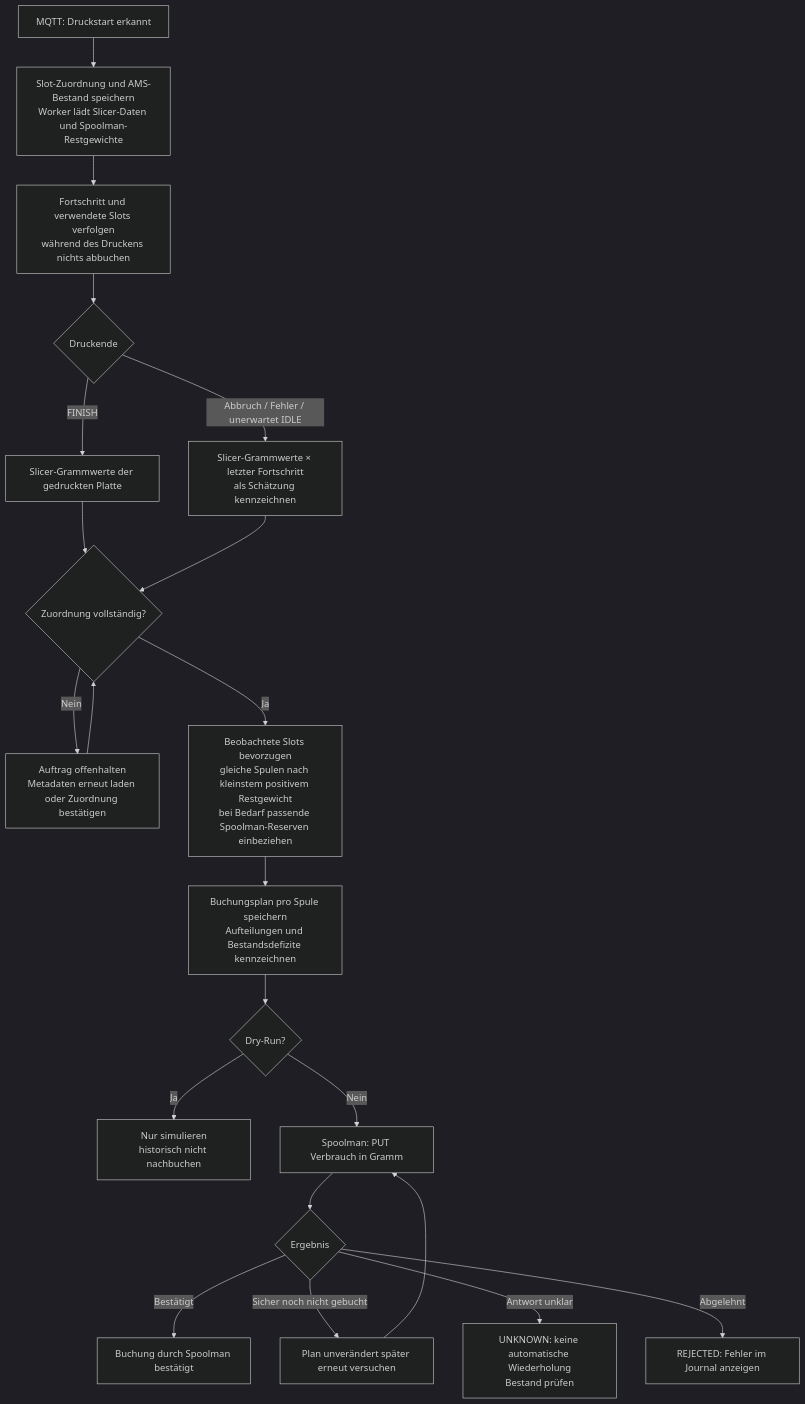
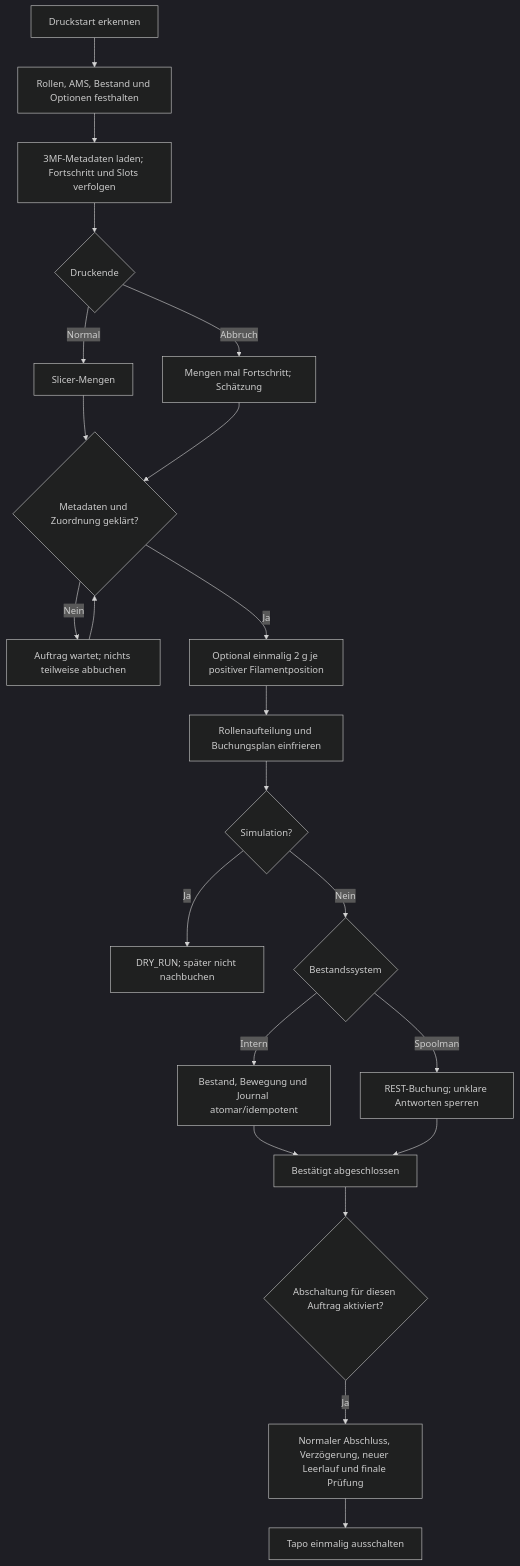
One commit to andreas-fe/bambu-spoolman-plus changed the diagram in docs/flows/processing.md. Above: the diagram before and after it, drawn with Mermaid (dark theme). The commit also changed other lines of this file and 41 other files, not shown here.

````diff
--- a/docs/flows/processing.md
+++ b/docs/flows/processing.md
@@ -7,23 +3,24 @@
 ```mermaid
 flowchart TD
-    Start["MQTT: Druckstart erkannt"] --> Snapshot["Slot-Zuordnung und AMS-Bestand speichern<br/>Worker lädt Slicer-Daten und Spoolman-Restgewichte"]
-    Snapshot --> Track["Fortschritt und verwendete Slots verfolgen<br/>während des Druckens nichts abbuchen"]
+    Start["Druckstart erkennen"] --> Snapshot["Rollen, AMS, Bestand und Optionen festhalten"]
+    Snapshot --> Track["3MF-Metadaten laden; Fortschritt und Slots verfolgen"]
     Track --> End{"Druckende"}
-    End -->|"FINISH"| Full["Slicer-Grammwerte der gedruckten Platte"]
-    End -->|"Abbruch / Fehler / unerwartet IDLE"| Estimate["Slicer-Grammwerte × letzter Fortschritt<br/>als Schätzung kennzeichnen"]
-    Full --> Map{"Zuordnung vollständig?"}
-    Estimate --> Map
-    Map -->|"Nein"| Wait["Auftrag offenhalten<br/>Metadaten erneut laden oder Zuordnung bestätigen"]
-    Wait --> Map
-    Map -->|"Ja"| Allocate["Beobachtete Slots bevorzugen<br/>gleiche Spulen nach kleinstem positivem Restgewicht<br/>bei Bedarf passende Spoolman-Reserven einbeziehen"]
-    Allocate --> Plan["Buchungsplan pro Spule speichern<br/>Aufteilungen und Bestandsdefizite kennzeichnen"]
-    Plan --> Mode{"Dry-Run?"}
-    Mode -->|"Ja"| Sim["Nur simulieren<br/>historisch nicht nachbuchen"]
-    Mode -->|"Nein"| Book["Spoolman: PUT Verbrauch in Gramm"]
-    Book --> Result{"Ergebnis"}
-    Result -->|"Bestätigt"| Done["Buchung durch Spoolman bestätigt"]
-    Result -->|"Sicher noch nicht gebucht"| Retry["Plan unverändert später erneut versuchen"]
-    Retry --> Book
-    Result -->|"Antwort unklar"| Unknown["UNKNOWN: keine automatische Wiederholung<br/>Bestand prüfen"]
-    Result -->|"Abgelehnt"| Rejected["REJECTED: Fehler im Journal anzeigen"]
+    End -->|"Normal"| Full["Slicer-Mengen"]
+    End -->|"Abbruch"| Estimate["Mengen mal Fortschritt; Schätzung"]
+    Full --> Check{"Metadaten und Zuordnung geklärt?"}
+    Estimate --> Check
+    Check -->|"Nein"| Wait["Auftrag wartet; nichts teilweise abbuchen"]
+    Wait --> Check
+    Check -->|"Ja"| Extra["Optional einmalig 2 g je positiver Filamentposition"]
+    Extra --> Plan["Rollenaufteilung und Buchungsplan einfrieren"]
+    Plan --> Mode{"Simulation?"}
+    Mode -->|"Ja"| Dry["DRY_RUN; später nicht nachbuchen"]
+    Mode -->|"Nein"| Backend{"Bestandssystem"}
+    Backend -->|"Intern"| Atomic["Bestand, Bewegung und Journal atomar/idempotent"]
+    Backend -->|"Spoolman"| API["REST-Buchung; unklare Antworten sperren"]
+    Atomic --> Done["Bestätigt abgeschlossen"]
+    API --> Done
+    Done --> Off{"Abschaltung für diesen Auftrag aktiviert?"}
+    Off -->|"Ja"| Delay["Normaler Abschluss, Verzögerung, neuer Leerlauf und finale Prüfung"]
+    Delay --> Switch["Tapo einmalig ausschalten"]
 ```
````
